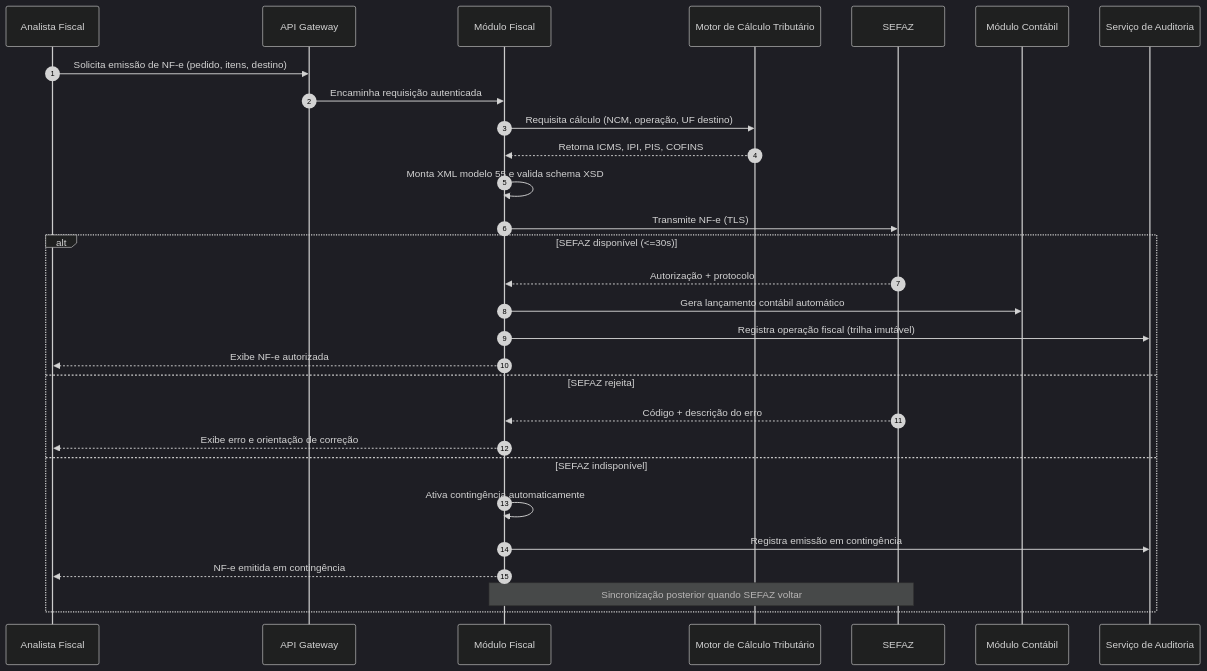
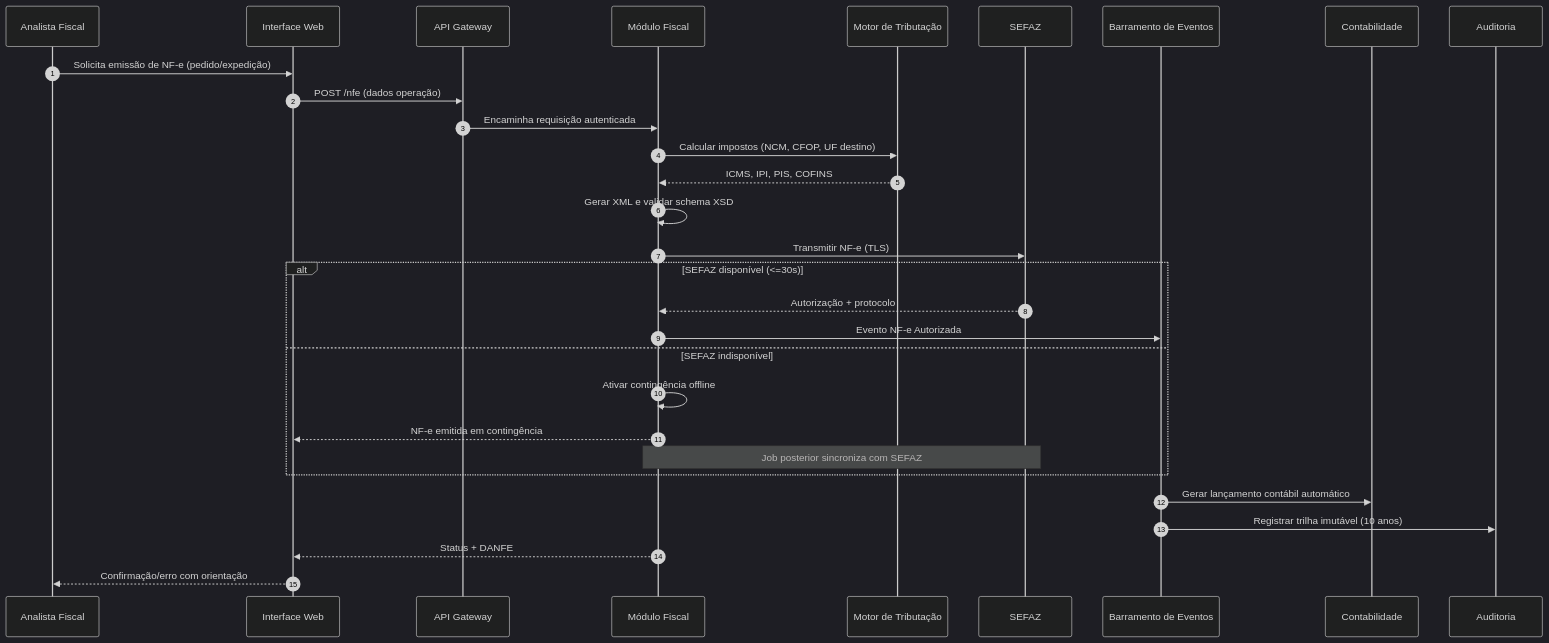
One commit to PDC-ESIA/AI4ES changed the second of 4 diagrams in docs/Time_2_Design/analise-qualitativa/outputs/relatorio_claude_opus_4_8_G03.md. Above: the diagram before and after it, drawn with Mermaid (dark theme). The commit also changed other lines of this file and 107 other files, not shown here.

````diff
--- a/docs/Time_2_Design/analise-qualitativa/outputs/relatorio_claude_opus_4_8_G03.md
+++ b/docs/Time_2_Design/analise-qualitativa/outputs/relatorio_claude_opus_4_8_G03.md
@@ -95,32 +98,33 @@
 ```mermaid
 sequenceDiagram
     autonumber
-    participant U as Analista Fiscal
+    participant AF as Analista Fiscal
+    participant UI as Interface Web
     participant GW as API Gateway
     participant FIS as Módulo Fiscal
-    participant TAX as Motor de Cálculo Tributário
-    participant SEF as SEFAZ
-    participant CTB as Módulo Contábil
-    participant AUD as Serviço de Auditoria
+    participant TRIB as Motor de Tributação
+    participant SEFAZ as SEFAZ
+    participant BUS as Barramento de Eventos
+    participant CTB as Contabilidade
+    participant AUDIT as Auditoria
 
-    U->>GW: Solicita emissão de NF-e (pedido, itens, destino)
+    AF->>UI: Solicita emissão de NF-e (pedido/expedição)
+    UI->>GW: POST /nfe (dados operação)
     GW->>FIS: Encaminha requisição autenticada
-    FIS->>TAX: Requisita cálculo (NCM, operação, UF destino)
-    TAX-->>FIS: Retorna ICMS, IPI, PIS, COFINS
-    FIS->>FIS: Monta XML modelo 55 e valida schema XSD
-    FIS->>SEF: Transmite NF-e (TLS)
+    FIS->>TRIB: Calcular impostos (NCM, CFOP, UF destino)
+    TRIB-->>FIS: ICMS, IPI, PIS, COFINS
+    FIS->>FIS: Gerar XML e validar schema XSD
+    FIS->>SEFAZ: Transmitir NF-e (TLS)
     alt SEFAZ disponível (<=30s)
-        SEF-->>FIS: Autorização + protocolo
-        FIS->>CTB: Gera lançamento contábil automático
-        FIS->>AUD: Registra operação fiscal (trilha imutável)
-        FIS-->>U: Exibe NF-e autorizada
-    else SEFAZ rejeita
-        SEF-->>FIS: Código + descrição do erro
-        FIS-->>U: Exibe erro e orientação de correção
+        SEFAZ-->>FIS: Autorização + protocolo
+        FIS->>BUS: Evento NF-e Autorizada
     else SEFAZ indisponível
-        FIS->>FIS: Ativa contingência automaticamente
-        FIS->>AUD: Registra emissão em contingência
-        FIS-->>U: NF-e emitida em contingência
-        Note over FIS,SEF: Sincronização posterior quando SEFAZ voltar
+        FIS->>FIS: Ativar contingência offline
+        FIS-->>UI: NF-e emitida em contingência
+        Note over FIS,SEFAZ: Job posterior sincroniza com SEFAZ
     end
+    BUS->>CTB: Gerar lançamento contábil automático
+    BUS->>AUDIT: Registrar trilha imutável (10 anos)
+    FIS-->>UI: Status + DANFE
+    UI-->>AF: Confirmação/erro com orientação
 ```
````
